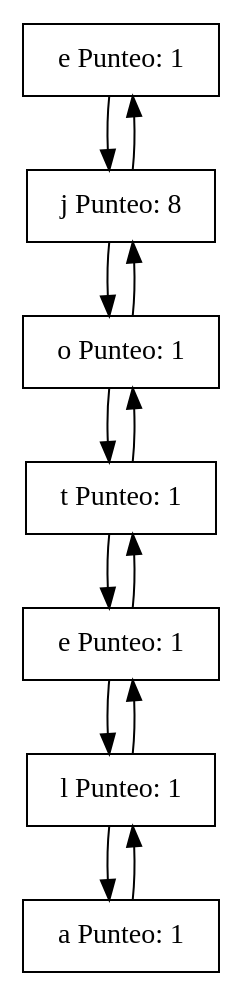
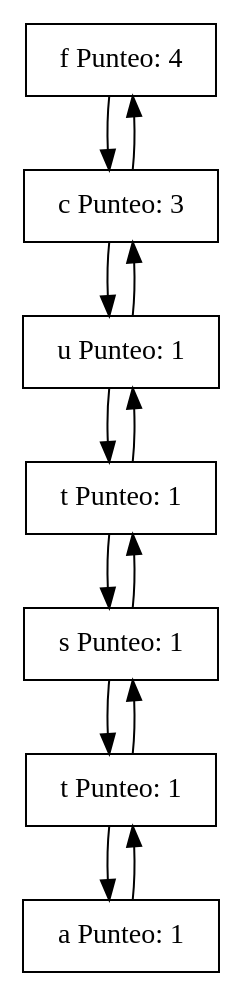
The diagram in FichasJug1.dot (ByLy23/Scrabble_CPP), drawn with Graphviz before and after one commit. The commit also changed 22 other files, not shown here.

```diff
--- a/FichasJug1.dot
+++ b/FichasJug1.dot
@@ -1,30 +1,30 @@
 digraph FichasJug1{ 
  linkdir=LR 
-nodo0[shape= record label="e
- Punteo: 1"];
-nodo1[shape= record label="j
- Punteo: 8"];
-nodo2[shape= record label="o
+nodo0[shape= record label="f
+ Punteo: 4"];
+nodo1[shape= record label="c
+ Punteo: 3"];
+nodo2[shape= record label="u
  Punteo: 1"];
 nodo3[shape= record label="t
  Punteo: 1"];
-nodo4[shape= record label="e
+nodo4[shape= record label="s
  Punteo: 1"];
-nodo5[shape= record label="l
+nodo5[shape= record label="t
  Punteo: 1"];
 nodo6[shape= record label="a
  Punteo: 1"];
 
 nodo0 -> nodo1
 nodo1 -> nodo2
 nodo1 -> nodo0
 nodo2 -> nodo3
 nodo2 -> nodo1
 nodo3 -> nodo4
 nodo3 -> nodo2
 nodo4 -> nodo5
 nodo4 -> nodo3
 nodo5 -> nodo6
 nodo5 -> nodo4
 nodo6 -> nodo5
 }
```
